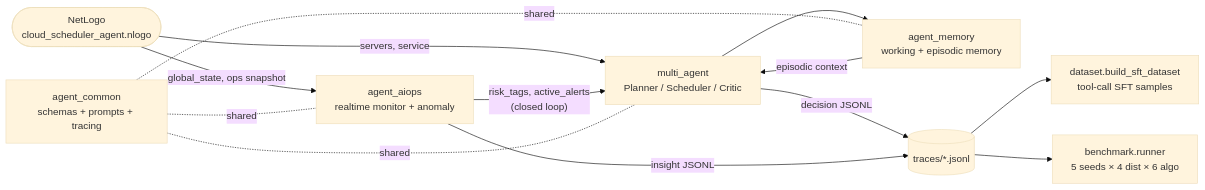
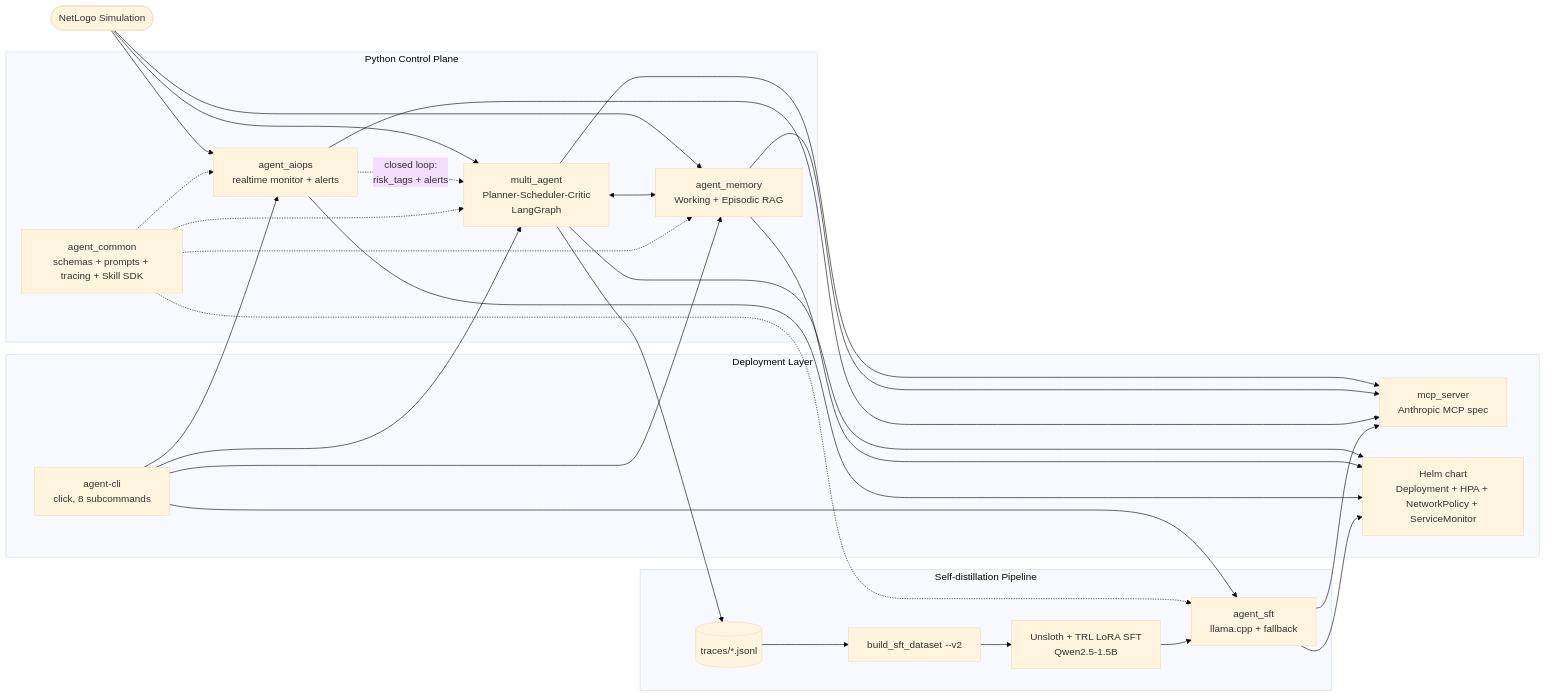
The diagram in README.md (Pixe1003/agent), drawn with Mermaid (base theme) before and after one commit. The commit also changed other lines of this file and 35 other files, not shown here.

````diff
--- a/README.md
+++ b/README.md
@@ -119,24 +42,30 @@
 ```mermaid
 flowchart LR
-    NetLogo([NetLogo<br/>cloud_scheduler_agent.nlogo])
-    Common[agent_common<br/>schemas + prompts + tracing]
-    Multi[multi_agent<br/>Planner / Scheduler / Critic]
-    Memory[agent_memory<br/>working + episodic memory]
-    AIOps[agent_aiops<br/>realtime monitor + anomaly]
-    Bench[benchmark.runner<br/>5 seeds × 4 dist × 6 algo]
-    Dataset[dataset.build_sft_dataset<br/>tool-call SFT samples]
-    Traces[(traces/*.jsonl)]
+    NetLogo([NetLogo Simulation])
+    subgraph CP [Python Control Plane]
+        Multi[multi_agent<br/>Planner-Scheduler-Critic<br/>LangGraph]
+        Memory[agent_memory<br/>Working + Episodic RAG]
+        AIOps[agent_aiops<br/>realtime monitor + alerts]
+        Common[agent_common<br/>schemas + prompts + tracing + Skill SDK]
+    end
+    subgraph Offline [Self-distillation Pipeline]
+        Trace[(traces/*.jsonl)]
+        Dataset[build_sft_dataset --v2]
+        LoRA[Unsloth + TRL LoRA SFT<br/>Qwen2.5-1.5B]
+        SFT[agent_sft<br/>llama.cpp + fallback]
+    end
+    subgraph Deploy [Deployment Layer]
+        MCP[mcp_server<br/>Anthropic MCP spec]
+        CLI[agent-cli<br/>click, 8 subcommands]
+        K8s[Helm chart<br/>Deployment + HPA + NetworkPolicy + ServiceMonitor]
+    end
 
-    NetLogo -- "servers, service" --> Multi
-    NetLogo -- "global_state, ops snapshot" --> AIOps
-    Multi --> Memory
-    Memory -- "episodic context" --> Multi
-    AIOps -- "risk_tags, active_alerts<br/>(closed loop)" --> Multi
-    Multi -- "decision JSONL" --> Traces
-    AIOps -- "insight JSONL" --> Traces
-    Traces --> Dataset
-    Traces --> Bench
-    Common -. shared .- Multi
-    Common -. shared .- Memory
-    Common -. shared .- AIOps
+    NetLogo --> Multi & Memory & AIOps
+    AIOps -. closed loop:<br/>risk_tags + alerts .-> Multi
+    Multi <--> Memory
+    Common -.-> Multi & Memory & AIOps & SFT
+    Multi --> Trace --> Dataset --> LoRA --> SFT
+    Multi & Memory & AIOps & SFT --> MCP
+    Multi & Memory & AIOps & SFT --> K8s
+    CLI --> Multi & Memory & AIOps & SFT
 ```
````
